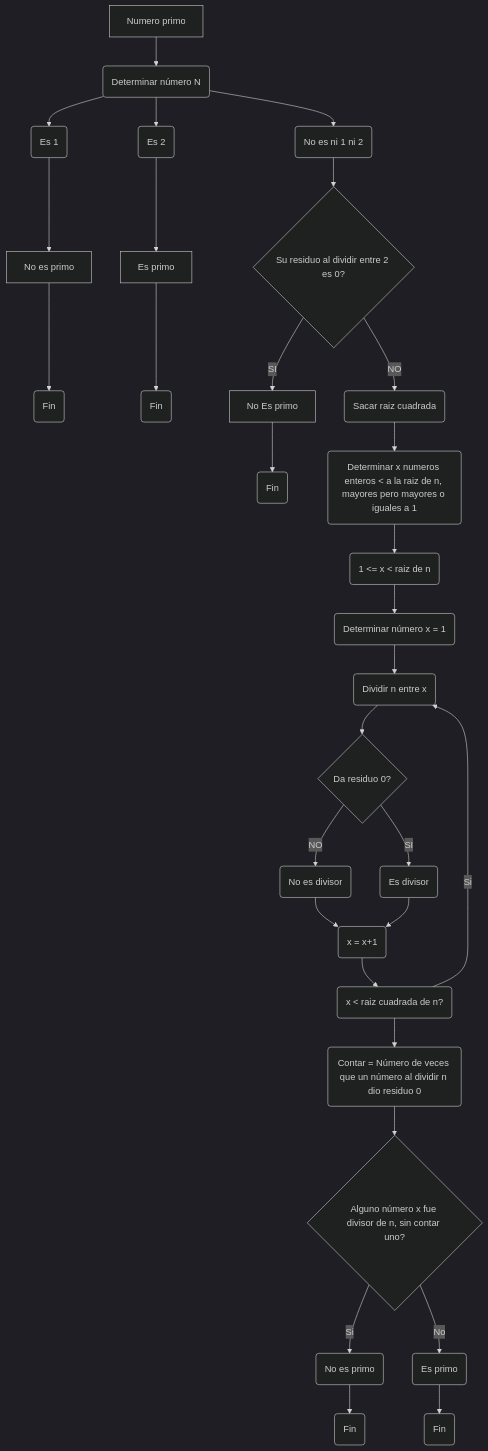
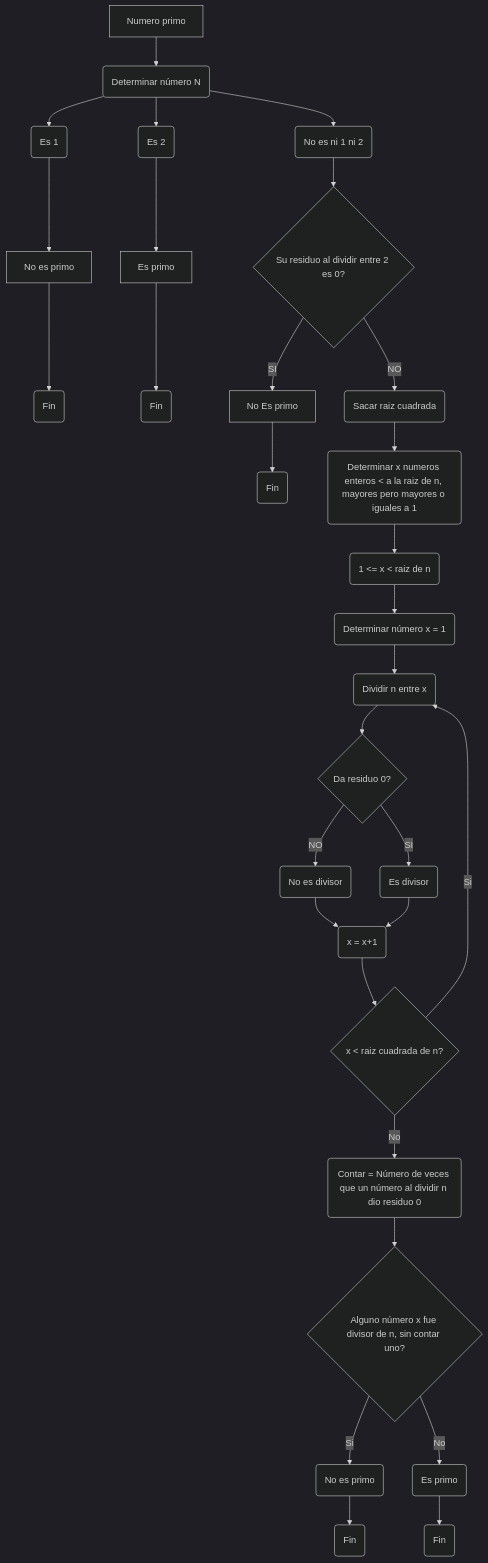
The first of 3 diagrams in README.md (MiguelAngelAcevedoOlaya/Reto-3-Miguel-Acevedo), drawn with Mermaid (dark theme) before and after one commit.

````diff
--- a/README.md
+++ b/README.md
@@ -9,32 +9,32 @@
 ```mermaid
 flowchart TD
     A[Numero primo] -->B(Determinar número N)
     B --> C(Es 1)
     C --> D[No es primo]
     D --> W(Fin)
     B --> E(Es 2)
     E --> F[Es primo]
     F --> X(Fin)
     B --> AC(No es ni 1 ni 2)
     AC --> G{Su residuo al dividir entre 2 es 0?}
     G -->|SI| H[No Es primo]
     H --> AB(Fin)
     G -->|NO| I(Sacar raiz cuadrada)
     I -->L(Determinar x numeros enteros < a la raiz de n, mayores pero mayores o iguales a 1)
     L --> M(1 <= x < raiz de n)
     M --> N(Determinar número x = 1)
     N --> T(Dividir n entre x)
     T --> Ñ{Da residuo 0?}
     Ñ -->|SI| O(Es divisor)
     Ñ -->|NO| P(No es divisor)
     P --> Q(x = x+1)
     O --> Q
-    Q --> R(x < raiz cuadrada de n?)
+    Q --> R{x < raiz cuadrada de n?}
     R --> |Si|T
-    R --> S(Contar = Número de veces que un número al dividir n dio residuo 0)
+    R -->|No| S(Contar = Número de veces que un número al dividir n dio residuo 0)
     S -->U{Alguno número x fue divisor de n, sin contar uno?}
     U -->|Si| V(No es primo)
     V --> Z(Fin)
     U -->|No| AD(Es primo)
     AD --> AA(Fin)
 ```
````
